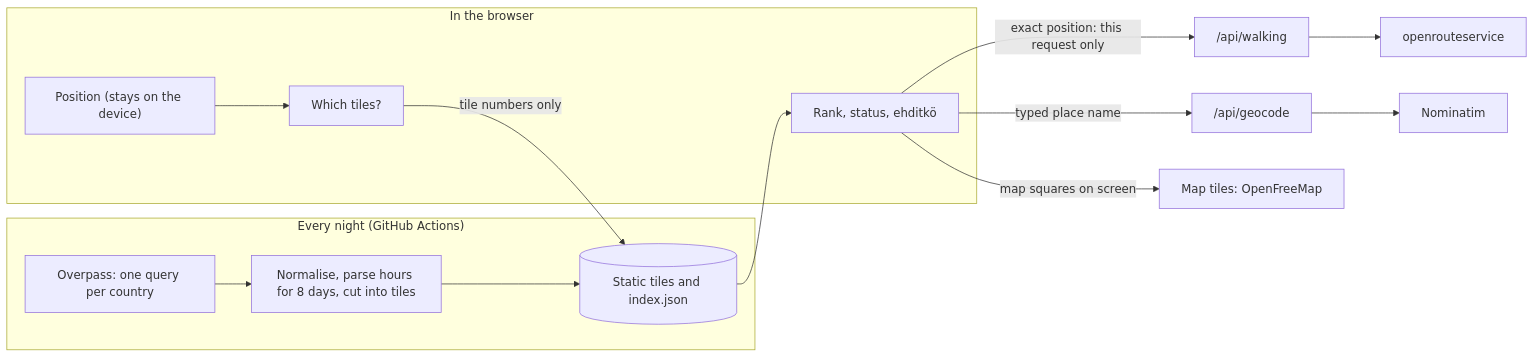
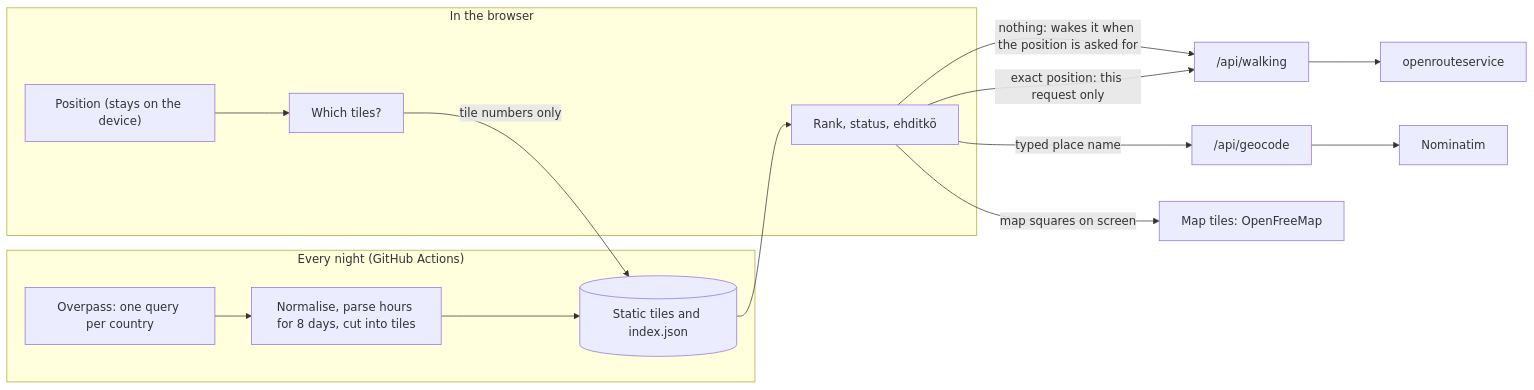
One commit to Tilapit/auki changed the diagram in PLAN.md. Above: the diagram before and after it, drawn with Mermaid. The commit also changed other lines of this file and 3 other files, not shown here.

````diff
--- a/PLAN.md
+++ b/PLAN.md
@@ -453,18 +453,19 @@
 ```mermaid
 flowchart LR
   subgraph nightly["Every night (GitHub Actions)"]
     overpass["Overpass: one query per country"] --> build["Normalise, parse hours for 8 days, cut into tiles"]
     build --> tiles[("Static tiles and index.json")]
   end
   subgraph browser["In the browser"]
     position["Position (stays on the device)"] --> pick["Which tiles?"]
     app["Rank, status, ehditkö"]
   end
   pick -->|"tile numbers only"| tiles
   tiles --> app
-  app -->|"exact position: this request only"| walking["/api/walking"]
+  app -->|"nothing: wakes it when the position is asked for"| walking["/api/walking"]
+  app -->|"exact position: this request only"| walking
   walking --> ors["openrouteservice"]
   app -->|"typed place name"| geocode["/api/geocode"]
   geocode --> nominatim["Nominatim"]
   app -->|"map squares on screen"| maptiles["Map tiles: OpenFreeMap"]
 ```
````
